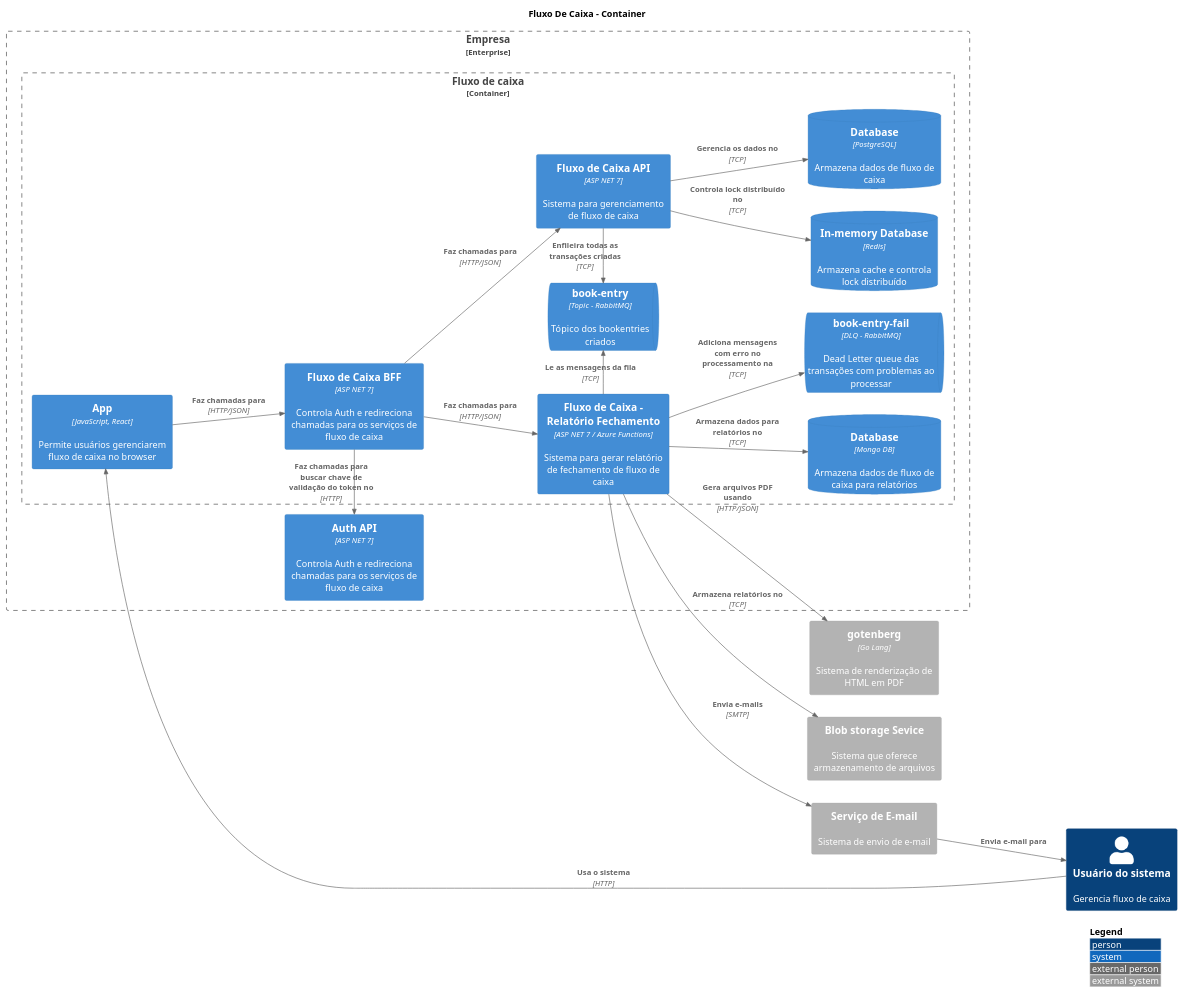
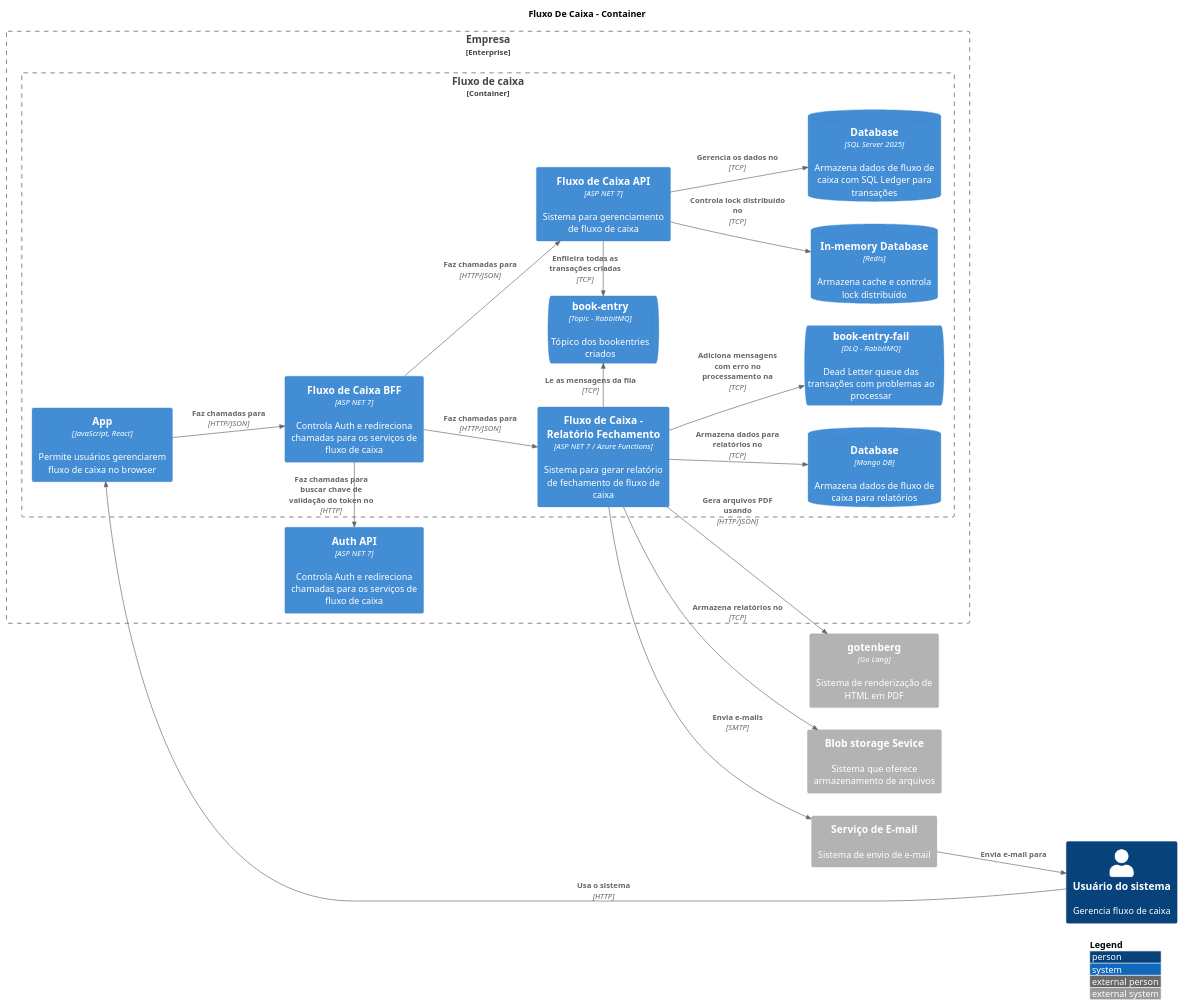
Before and after one commit to CristianoRC/Fluxo-De-Caixa: the diagram in Doc/C4Model/Container.puml, drawn with PlantUML. The commit also changed 3 other files, not shown here.

First line of the commit message:
Atualiza documentação para refletir migração para SQL Server 2025

```diff
--- a/Doc/C4Model/Container.puml
+++ b/Doc/C4Model/Container.puml
@@ -1,59 +1,59 @@
 @startuml container
 
 !include https://raw.githubusercontent.com/plantuml-stdlib/C4-PlantUML/master/C4_Container.puml
 !include https://raw.githubusercontent.com/plantuml-stdlib/C4-PlantUML/master/C4_Context.puml
 
 LAYOUT_LANDSCAPE()
 LAYOUT_WITH_LEGEND()
 
 TITLE Fluxo De Caixa - Container
 
 Enterprise_Boundary(boundaryEmpersa, "Empresa") {
   
     Container_Boundary(boundaryFluxoDeCaixa, "Fluxo de caixa") {
         Container(fluxoDeCaixaApi, "Fluxo de Caixa API", "ASP NET 7", "Sistema para gerenciamento de fluxo de caixa")
         Container(fluxoDeCaixaApp, "App", "JavaScript, React", "Permite usuários gerenciarem fluxo de caixa no browser")
         Container(fluxoDeCaixaReportApi, "Fluxo de Caixa - Relatório Fechamento", "ASP NET 7 / Azure Functions", "Sistema para gerar relatório de fechamento de fluxo de caixa")
         Container(fluxoDeCaixaBff, "Fluxo de Caixa BFF", "ASP NET 7", "Controla Auth e redireciona chamadas para os serviços de fluxo de caixa")
 
         ContainerDb(redis, "In-memory Database", "Redis", "Armazena cache e controla lock distribuído")
         ContainerDb(mongodb, "Database", "Mongo DB", "Armazena dados de fluxo de caixa para relatórios")
-        ContainerDb(postgres, "Database", "PostgreSQL", "Armazena dados de fluxo de caixa")
+        ContainerDb(sqlserver, "Database", "SQL Server 2025", "Armazena dados de fluxo de caixa com SQL Ledger para transações")
         ContainerQueue(transactionQueue, "book-entry", "Topic - RabbitMQ", "Tópico dos bookentries criados")
         ContainerQueue(transacionDlq, "book-entry-fail", "DLQ - RabbitMQ", "Dead Letter queue das transações com problemas ao processar")
     }
     
     Container(authApi, "Auth API", "ASP NET 7", "Controla Auth e redireciona chamadas para os serviços de fluxo de caixa")
 }
 
 Container_Ext(gotenberg, "gotenberg", "Go Lang", "Sistema de renderização de HTML em PDF")
 Container_Ext(blobStorage, "Blob storage Sevice", "", "Sistema que oferece armazenamento de arquivos")
 Container_Ext(mailSystem, "Serviço de E-mail", "", "Sistema de envio de e-mail")
 Person(pessoa, "Usuário do sistema", "Gerencia fluxo de caixa")
 
 'API
-Rel(fluxoDeCaixaApi, postgres, "Gerencia os dados no", "TCP")
+Rel(fluxoDeCaixaApi, sqlserver, "Gerencia os dados no", "TCP")
 Rel_U(fluxoDeCaixaApi, transactionQueue, "Enfileira todas as transações criadas", "TCP")
 Rel(fluxoDeCaixaApi, redis, "Controla lock distribuído no", "TCP")
 
 'Report API
 Rel(fluxoDeCaixaReportApi, mailSystem, "Envia e-mails", "SMTP")
 Rel_D(fluxoDeCaixaReportApi, transactionQueue, "Le as mensagens da fila", "TCP")
 Rel(fluxoDeCaixaReportApi, transacionDlq, "Adiciona mensagens com erro no processamento na", "TCP")
 Rel(fluxoDeCaixaReportApi, mongodb, "Armazena dados para relatórios no", "TCP")
 Rel(fluxoDeCaixaReportApi, blobStorage, "Armazena relatórios no", "TCP")
 Rel(fluxoDeCaixaReportApi, gotenberg, "Gera arquivos PDF usando", "HTTP/JSON")
 
 'App
 Rel(fluxoDeCaixaApp, fluxoDeCaixaBff, "Faz chamadas para", "HTTP/JSON")
 
 'BFF
 Rel(fluxoDeCaixaBff, fluxoDeCaixaApi, "Faz chamadas para", "HTTP/JSON")
 Rel(fluxoDeCaixaBff, fluxoDeCaixaReportApi, "Faz chamadas para", "HTTP/JSON")
 Rel_D(fluxoDeCaixaBff, authApi, "Faz chamadas para buscar chave de validação do token no", "HTTP")
 
 'Pessoa
 Rel(pessoa, fluxoDeCaixaApp, "Usa o sistema", "HTTP")
 Rel(mailSystem, pessoa, "Envia e-mail para")
 
 @enduml
```
